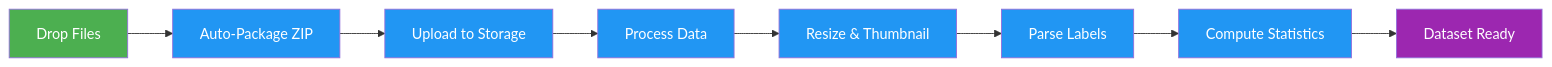
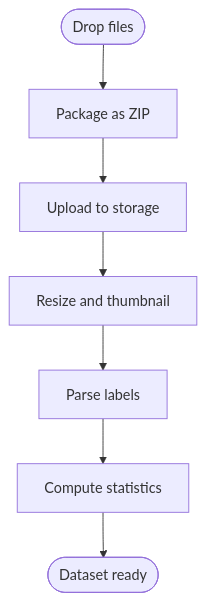
Before and after one commit to ultralytics/ultralytics: the second of 3 diagrams in docs/en/platform/quickstart.md, drawn with Mermaid. The commit also changed other lines of this file and 20 other files, not shown here.

Commit message:
Migrate docs Mermaid diagrams to the unified design system (#26573)

````diff
--- a/docs/en/platform/quickstart.md
+++ b/docs/en/platform/quickstart.md
@@ -203,14 +197,9 @@
 ```mermaid
-graph LR
-    A[Drop Files]:::start --> B[Auto-Package ZIP]:::proc
-    B --> C[Upload to Storage]:::proc
-    C --> D[Process Data]:::proc
-    D --> E[Resize & Thumbnail]:::proc
-    E --> F[Parse Labels]:::proc
-    F --> G[Compute Statistics]:::proc
-    G --> H[Dataset Ready]:::out
-
-    classDef start fill:#4CAF50,color:#fff
-    classDef proc fill:#2196F3,color:#fff
-    classDef out fill:#9C27B0,color:#fff
+flowchart TD
+    A([Drop files]) --> B[Package as ZIP]
+    B --> C[Upload to storage]
+    C --> D[Resize and thumbnail]
+    D --> E[Parse labels]
+    E --> F[Compute statistics]
+    F --> G([Dataset ready])
 ```
````
